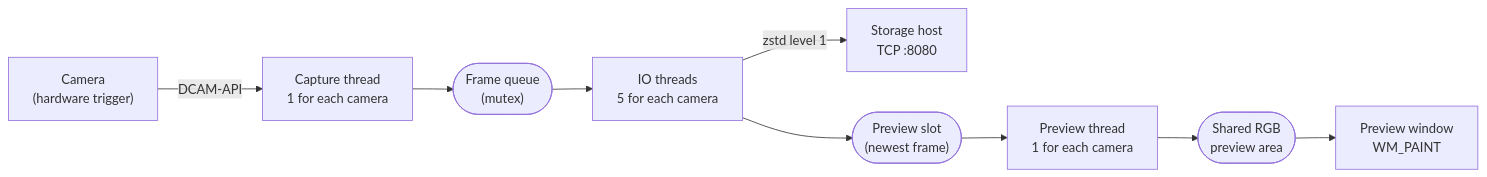
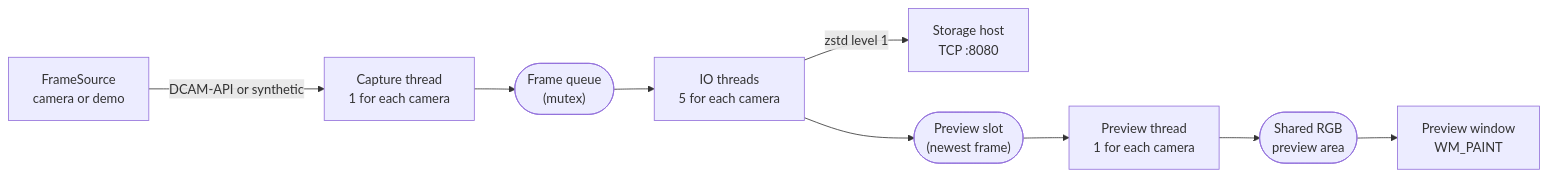
Before and after one commit to Cai-Lab-at-University-of-Michigan/plSCMV1_code: the diagram in cameraman_windows_stateless/README.md, drawn with Mermaid. The commit also changed other lines of this file and 8 other files, not shown here.

````diff
--- a/cameraman_windows_stateless/README.md
+++ b/cameraman_windows_stateless/README.md
@@ -39,21 +45,21 @@
 ```mermaid
 flowchart LR
-    cam["Camera<br/>(hardware trigger)"]
+    src["FrameSource<br/>camera or demo"]
     cap["Capture thread<br/>1 for each camera"]
     q(["Frame queue<br/>(mutex)"])
     io["IO threads<br/>5 for each camera"]
     net["Storage host<br/>TCP :8080"]
     slot(["Preview slot<br/>(newest frame)"])
     prev["Preview thread<br/>1 for each camera"]
     rgb(["Shared RGB<br/>preview area"])
     win["Preview window<br/>WM_PAINT"]
 
-    cam -->|"DCAM-API"| cap
+    src -->|"DCAM-API or synthetic"| cap
     cap --> q
     q --> io
     io -->|"zstd level 1"| net
     io --> slot
     slot --> prev
     prev --> rgb
     rgb --> win
 ```
````
